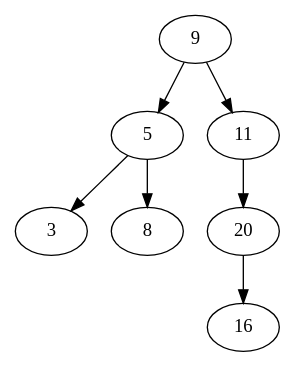
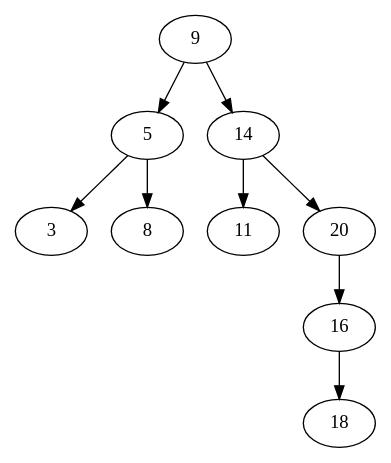
The diagram in AED CHRISTIAN/TREE/eje.dot (ChrisChV/Semestre4), drawn with Graphviz before and after one commit. The commit also changed 58 other files, not shown here.

```diff
--- a/AED CHRISTIAN/TREE/eje.dot
+++ b/AED CHRISTIAN/TREE/eje.dot
@@ -1,14 +1,18 @@
 digraph{9
 9->5
-9->11
+9->14
 5
 5->3
 5->8
-11
-11->20
+14
+14->11
+14->20
 3
 8
+11
 20
 20->16
 16
+16->18
+18
 }
```
